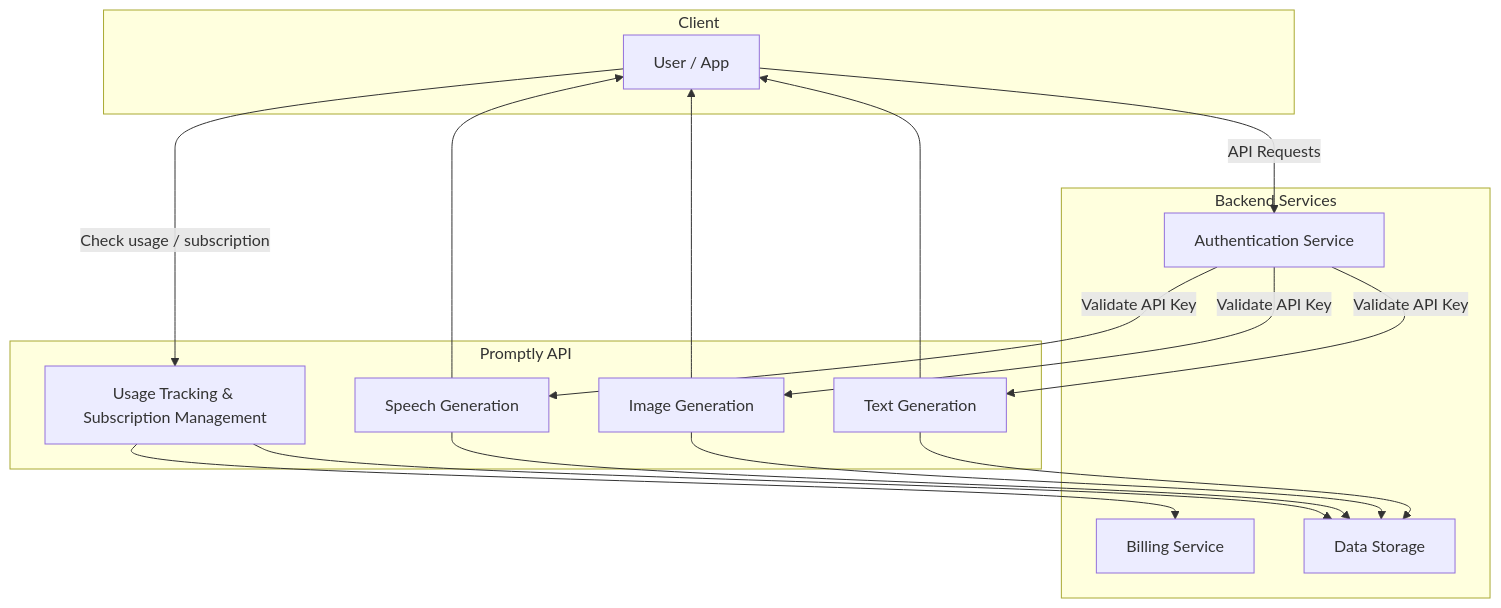
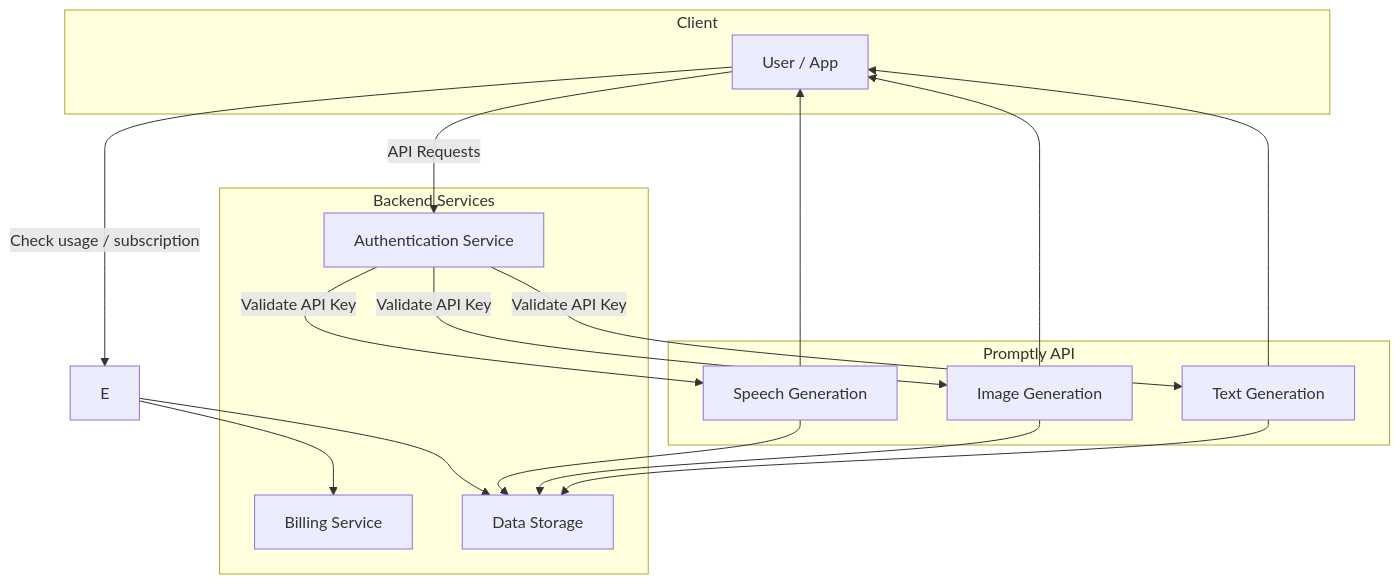
One commit to bicep/ol-demo changed the first of 2 diagrams in docs/index.md. Above: the diagram before and after it, drawn with Mermaid. The commit also changed other lines of this file and 3 other files, not shown here.

````diff
--- a/docs/index.md
+++ b/docs/index.md
@@ -23,33 +21,32 @@
 ```mermaid
 flowchart TD
     subgraph Client
         A[User / App]
     end
 
     subgraph Promptly API
         B[Text Generation]
         C[Image Generation]
         D[Speech Generation]
-        E[Usage Tracking & Subscription Management]
     end
 
     subgraph Backend Services
         F[Authentication Service]
         G[Billing Service]
         H[Data Storage]
     end
 
     A -->|API Requests| F
     F -->|Validate API Key| B
     F -->|Validate API Key| C
     F -->|Validate API Key| D
     B --> H
     C --> H
     D --> H
     B --> A
     C --> A
     D --> A
     A -->|Check usage / subscription| E
     E --> G
     E --> H
 ```
````
